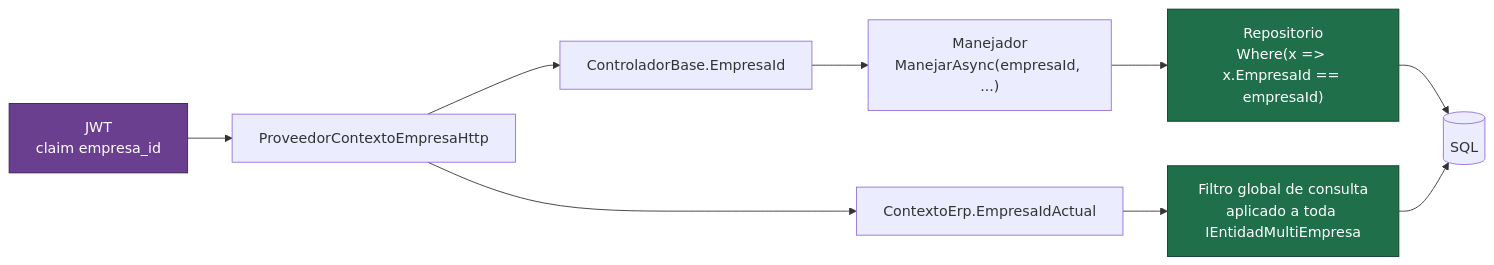
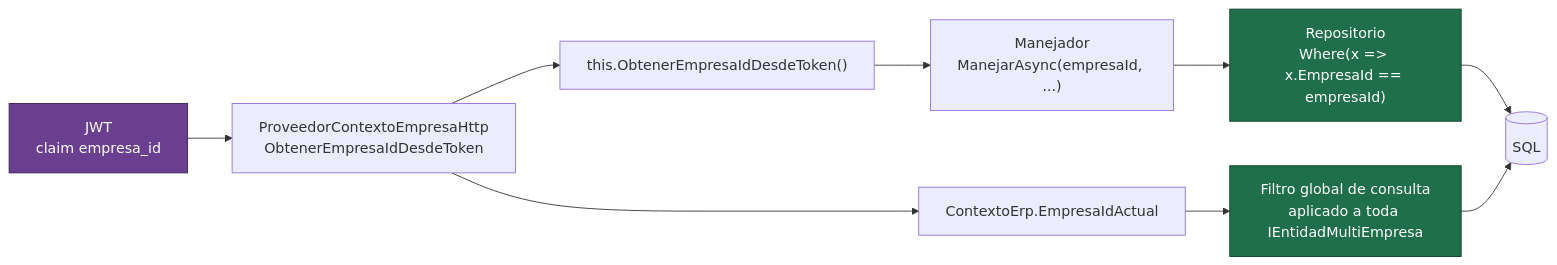
The diagram in docs/multiempresa.md (oxarox/erp-modular-net8), drawn with Mermaid before and after one commit. The commit also changed other lines of this file and 24 other files, not shown here.

````diff
--- a/docs/multiempresa.md
+++ b/docs/multiempresa.md
@@ -11,15 +11,15 @@
 ```mermaid
 flowchart LR
-    T["JWT<br/>claim empresa_id"] --> P["ProveedorContextoEmpresaHttp"]
-    P --> C["ControladorBase.EmpresaId"]
+    T["JWT<br/>claim empresa_id"] --> P["ProveedorContextoEmpresaHttp<br/>ObtenerEmpresaIdDesdeToken"]
+    P --> C["this.ObtenerEmpresaIdDesdeToken()"]
     P --> D["ContextoErp.EmpresaIdActual"]
     C --> M["Manejador<br/>ManejarAsync(empresaId, ...)"]
     M --> R["Repositorio<br/>Where(x => x.EmpresaId == empresaId)"]
     D --> F["Filtro global de consulta<br/>aplicado a toda IEntidadMultiEmpresa"]
     R --> Q[("SQL")]
     F --> Q
 
     style T fill:#6b3f8f,stroke:#3a2250,color:#ffffff
     style F fill:#1f6f4a,stroke:#0d3d28,color:#ffffff
     style R fill:#1f6f4a,stroke:#0d3d28,color:#ffffff
 ```
````
